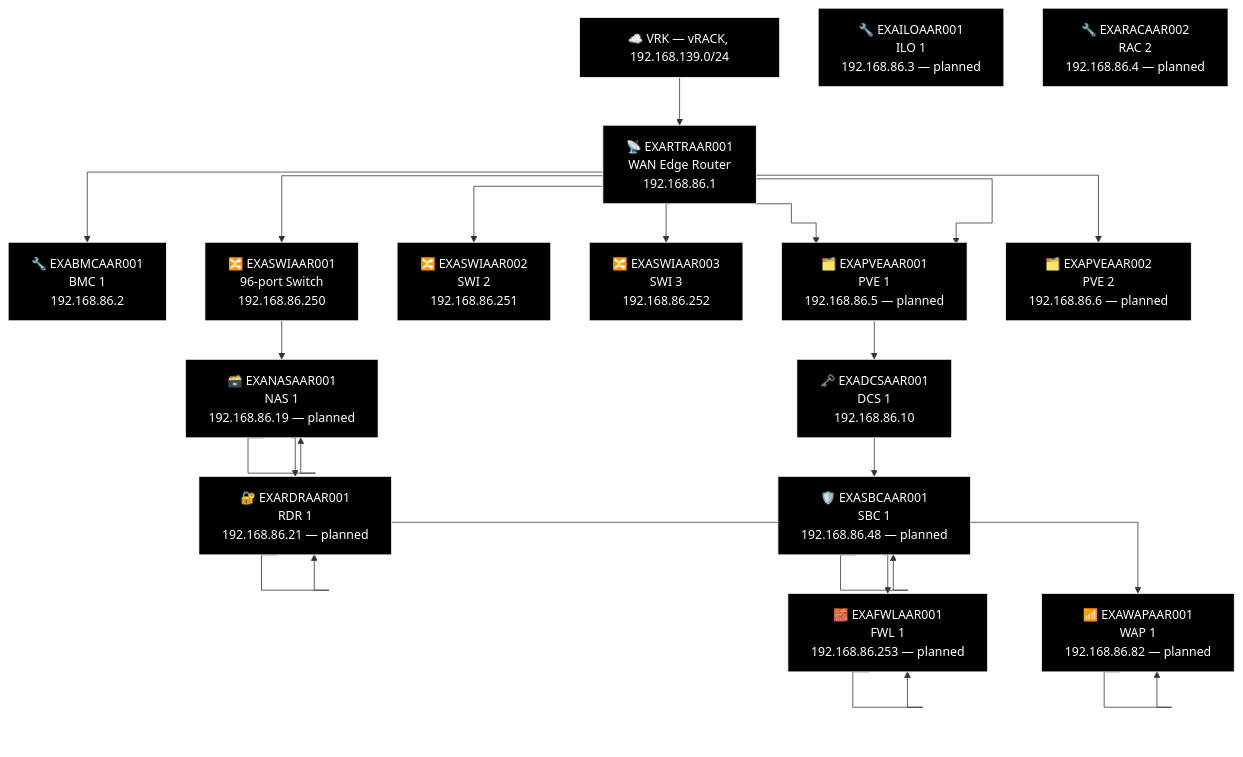
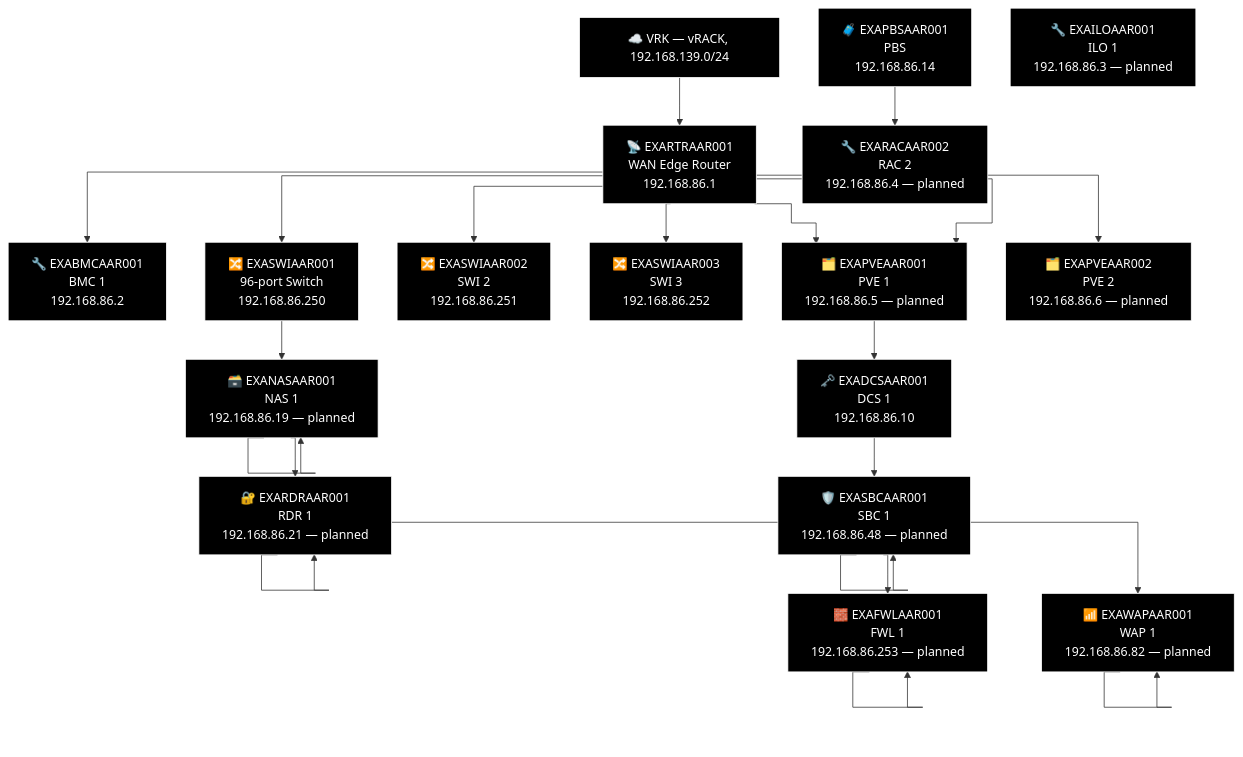
Before and after one commit to knightmare2600/example_music_infra: diagram 17 of 23 in docs/network-diagram/danmark.md, drawn with Mermaid. The commit also changed other lines of this file and 14 other files, not shown here.

First line of the commit message:
docs/network-diagram: regenerate, every site was missing its PBS node

````diff
--- a/docs/network-diagram/danmark.md
+++ b/docs/network-diagram/danmark.md
@@ -822,60 +837,63 @@
 ```mermaid
 %% GENERATED:TOPOLOGY:AAR:START
 %%{init: {'flowchart': {'curve': 'stepAfter'}}}%%
 graph TD
     T_VRK["☁️ VRK — vRACK, 192.168.139.0/24"]
     T_RTR["📡 EXARTRAAR001<br/>WAN Edge Router<br/>192.168.86.1"]
     T_VRK --> T_RTR
     T_BMC["🔧 EXABMCAAR001<br/>BMC 1<br/>192.168.86.2"]
     T_RTR --> T_BMC
     T_PVE["🗂️ EXAPVEAAR001<br/>PVE 1<br/>192.168.86.5"]
     T_RTR --> T_PVE
     T_SWI["🔀 EXASWIAAR002<br/>SWI 2<br/>192.168.86.251"]
     T_RTR --> T_SWI
     T_SWI2["🔀 EXASWIAAR003<br/>SWI 3<br/>192.168.86.252"]
     T_RTR --> T_SWI2
     T_SWI3["🔀 EXASWIAAR001<br/>96-port Switch<br/>192.168.86.250"]
     T_RTR --> T_SWI3
     T_PVE["🗂️ EXAPVEAAR001<br/>PVE 1<br/>192.168.86.5 — planned"]
     T_RTR --> T_PVE
     T_PVE2["🗂️ EXAPVEAAR002<br/>PVE 2<br/>192.168.86.6 — planned"]
     T_RTR --> T_PVE2
     T_NAS["🗃️ EXANASAAR001<br/>NAS<br/>192.168.86.19"]
     T_NAS["🗃️ EXANASAAR001<br/>NAS 1<br/>192.168.86.19 — planned"]
     T_RDR["🔐 EXARDRAAR001<br/>RDR<br/>192.168.86.21"]
     T_RDR["🔐 EXARDRAAR001<br/>RDR 1<br/>192.168.86.21 — planned"]
     T_WAP["📶 EXAWAPAAR001<br/>WAP 1<br/>192.168.86.82"]
     T_WAP["📶 EXAWAPAAR001<br/>WAP 1<br/>192.168.86.82 — planned"]
     T_SWI3 --> T_NAS --> T_NAS --> T_RDR --> T_RDR --> T_WAP --> T_WAP
     T_DCS["🗝️ EXADCSAAR001<br/>DCS 1<br/>192.168.86.10"]
     T_SBC["🛡️ EXASBCAAR001<br/>SBC<br/>192.168.86.48"]
     T_SBC["🛡️ EXASBCAAR001<br/>SBC 1<br/>192.168.86.48 — planned"]
     T_FWL["🧱 EXAFWLAAR001<br/>LAN Face<br/>192.168.86.253"]
     T_FWL["🧱 EXAFWLAAR001<br/>FWL 1<br/>192.168.86.253 — planned"]
     T_PVE --> T_DCS --> T_SBC --> T_SBC --> T_FWL --> T_FWL
+    T_PBS["🧳 EXAPBSAAR001<br/>PBS<br/>192.168.86.14"]
     T_ILO["🔧 EXAILOAAR001<br/>ILO 1<br/>192.168.86.3 — planned"]
     T_RAC["🔧 EXARACAAR002<br/>RAC 2<br/>192.168.86.4 — planned"]
+    T_PBS --> T_RAC
     style T_VRK fill:#000000,stroke:#FFFFFF,color:#FFFFFF
     style T_RTR fill:#000000,stroke:#FFFFFF,color:#FFFFFF
     style T_BMC fill:#000000,stroke:#FFFFFF,color:#FFFFFF
     style T_PVE fill:#000000,stroke:#FFFFFF,color:#FFFFFF
     style T_SWI fill:#000000,stroke:#FFFFFF,color:#FFFFFF
     style T_SWI2 fill:#000000,stroke:#FFFFFF,color:#FFFFFF
     style T_SWI3 fill:#000000,stroke:#FFFFFF,color:#FFFFFF
     style T_PVE fill:#000000,stroke:#FFFFFF,color:#FFFFFF
     style T_PVE2 fill:#000000,stroke:#FFFFFF,color:#FFFFFF
     style T_NAS fill:#000000,stroke:#FFFFFF,color:#FFFFFF
     style T_NAS fill:#000000,stroke:#FFFFFF,color:#FFFFFF
     style T_RDR fill:#000000,stroke:#FFFFFF,color:#FFFFFF
     style T_RDR fill:#000000,stroke:#FFFFFF,color:#FFFFFF
     style T_WAP fill:#000000,stroke:#FFFFFF,color:#FFFFFF
     style T_WAP fill:#000000,stroke:#FFFFFF,color:#FFFFFF
     style T_DCS fill:#000000,stroke:#FFFFFF,color:#FFFFFF
     style T_SBC fill:#000000,stroke:#FFFFFF,color:#FFFFFF
     style T_SBC fill:#000000,stroke:#FFFFFF,color:#FFFFFF
     style T_FWL fill:#000000,stroke:#FFFFFF,color:#FFFFFF
     style T_FWL fill:#000000,stroke:#FFFFFF,color:#FFFFFF
+    style T_PBS fill:#000000,stroke:#FFFFFF,color:#FFFFFF
     style T_ILO fill:#000000,stroke:#FFFFFF,color:#FFFFFF
     style T_RAC fill:#000000,stroke:#FFFFFF,color:#FFFFFF
 %% GENERATED:TOPOLOGY:AAR:END
 ```
````
